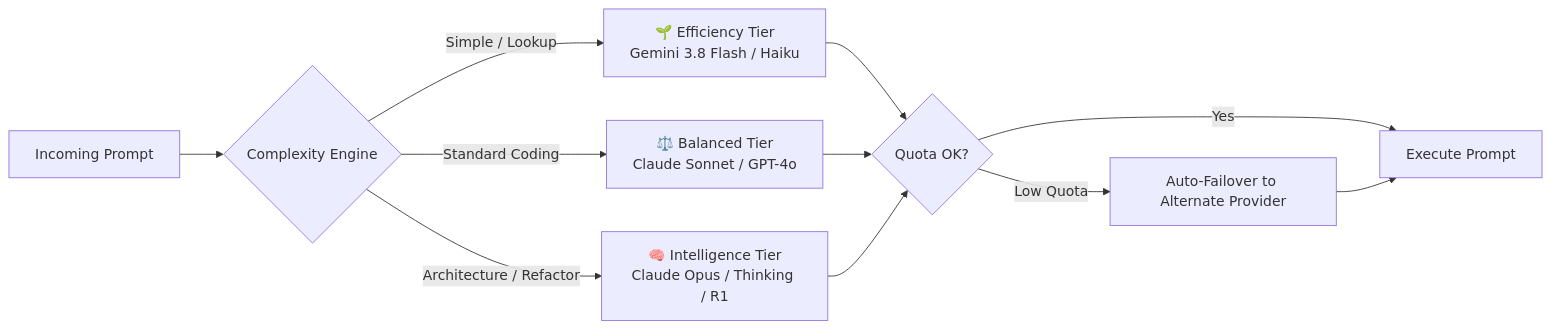
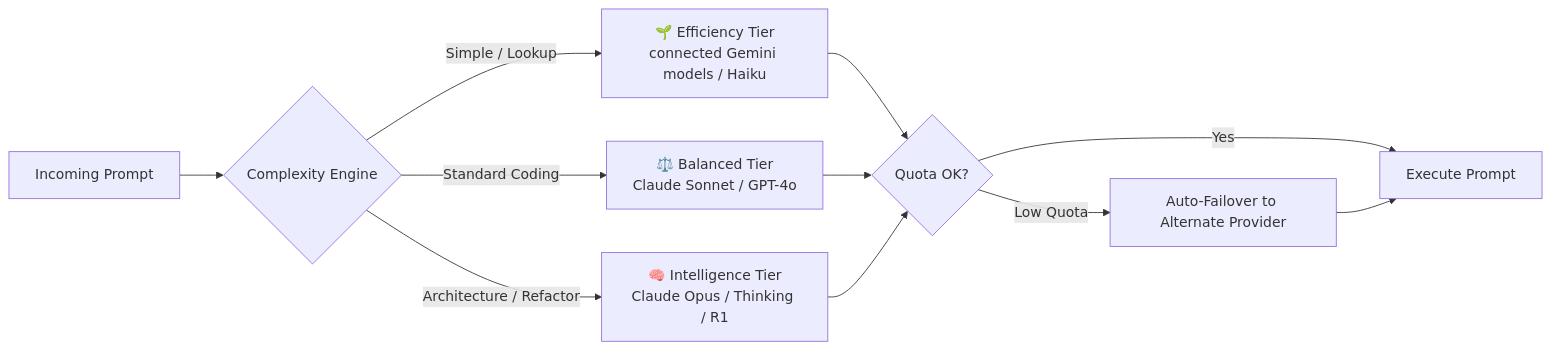
The first of 2 diagrams in README.md (danie2022157-ui/onethy-code), drawn with Mermaid before and after one commit. The commit also changed other lines of this file, not shown here.

````diff
--- a/README.md
+++ b/README.md
@@ -235,15 +235,15 @@
 ```mermaid
 graph LR
     P[Incoming Prompt] --> E{Complexity Engine}
-    E -->|Simple / Lookup| T1[🌱 Efficiency Tier<br/>Gemini 3.8 Flash / Haiku]
+    E -->|Simple / Lookup| T1[🌱 Efficiency Tier<br/>connected Gemini models / Haiku]
     E -->|Standard Coding| T2[⚖️ Balanced Tier<br/>Claude Sonnet / GPT-4o]
     E -->|Architecture / Refactor| T3[🧠 Intelligence Tier<br/>Claude Opus / Thinking / R1]
     
     T1 --> Failover{Quota OK?}
     T2 --> Failover
     T3 --> Failover
     
     Failover -->|Yes| Exec[Execute Prompt]
     Failover -->|Low Quota| Reroute[Auto-Failover to Alternate Provider]
     Reroute --> Exec
 ```
````
